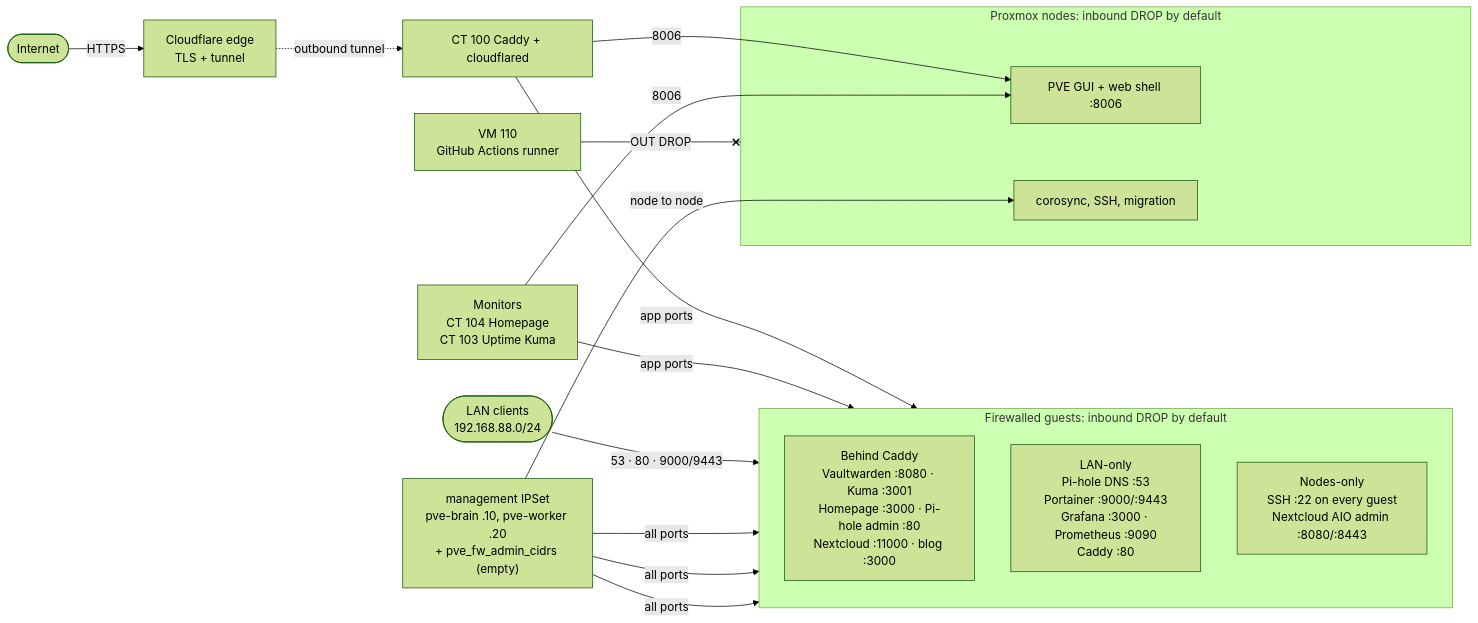
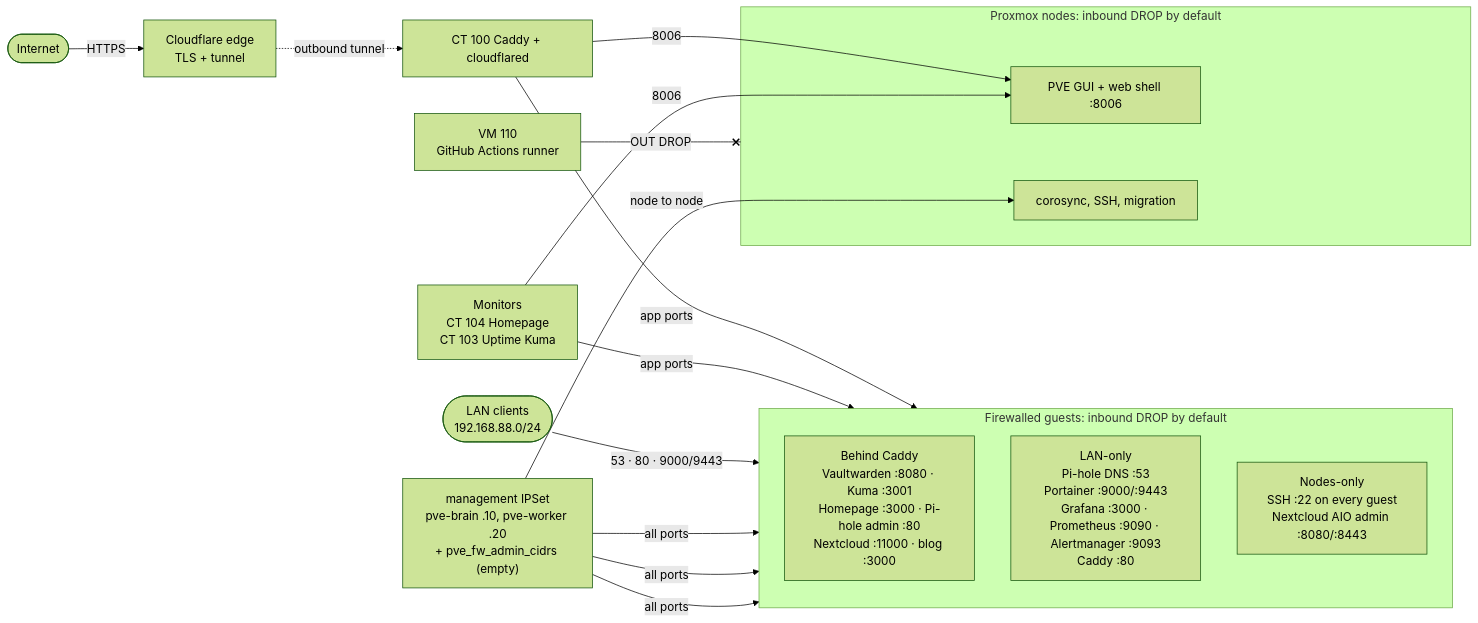
Before and after one commit to Boris-Jancic/proxmox-selfhosted-infra: the diagram in docs/firewall.md, drawn with Mermaid (forest theme). The commit also changed other lines of this file and 12 other files, not shown here.

````diff
--- a/docs/firewall.md
+++ b/docs/firewall.md
@@ -17,31 +17,31 @@
 ```mermaid
 flowchart LR
     internet(["Internet"]) -->|HTTPS| cf["Cloudflare edge<br/>TLS + tunnel"]
     cf -.->|"outbound tunnel"| caddy["CT 100 Caddy + cloudflared"]
 
     lanc(["LAN clients<br/>192.168.88.0/24"])
     mon["Monitors<br/>CT 104 Homepage<br/>CT 103 Uptime Kuma"]
     mgmt["management IPSet<br/>pve-brain .10, pve-worker .20<br/>+ pve_fw_admin_cidrs (empty)"]
     runner["VM 110<br/>GitHub Actions runner"]
 
     subgraph apps["Firewalled guests: inbound DROP by default"]
         direction TB
         web["Behind Caddy<br/>Vaultwarden :8080 · Kuma :3001<br/>Homepage :3000 · Pi-hole admin :80<br/>Nextcloud :11000 · blog :3000"]
-        lanonly["LAN-only<br/>Pi-hole DNS :53<br/>Portainer :9000/:9443<br/>Grafana :3000 · Prometheus :9090<br/>Caddy :80"]
+        lanonly["LAN-only<br/>Pi-hole DNS :53<br/>Portainer :9000/:9443<br/>Grafana :3000 · Prometheus :9090 · Alertmanager :9093<br/>Caddy :80"]
         adminonly["Nodes-only<br/>SSH :22 on every guest<br/>Nextcloud AIO admin :8080/:8443"]
     end
 
     subgraph nodes["Proxmox nodes: inbound DROP by default"]
         gui["PVE GUI + web shell :8006"]
         coro["corosync, SSH, migration"]
     end
 
     caddy -->|"app ports"| web
     caddy -->|"8006"| gui
     mon -->|"app ports"| web
     mon -->|"8006"| gui
     lanc -->|"53 · 80 · 9000/9443"| lanonly
     mgmt -->|"all ports"| web & lanonly & adminonly
     mgmt -->|"node to node"| coro
     runner --x|"OUT DROP"| nodes
 ```
````
